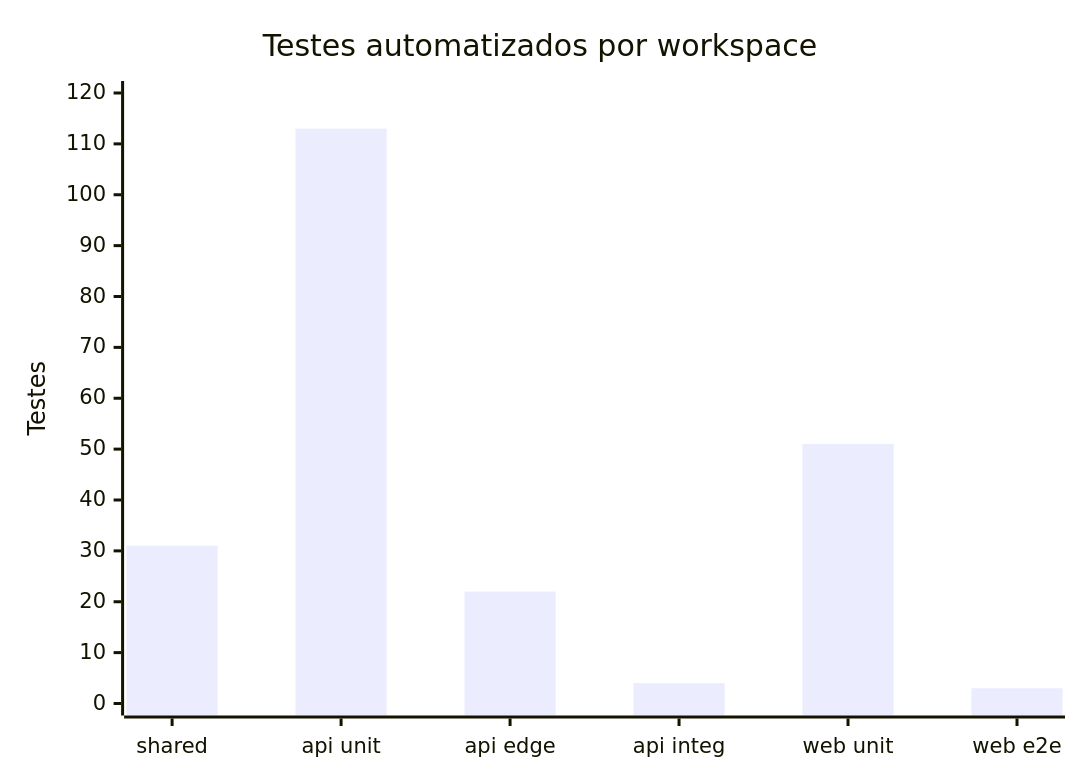
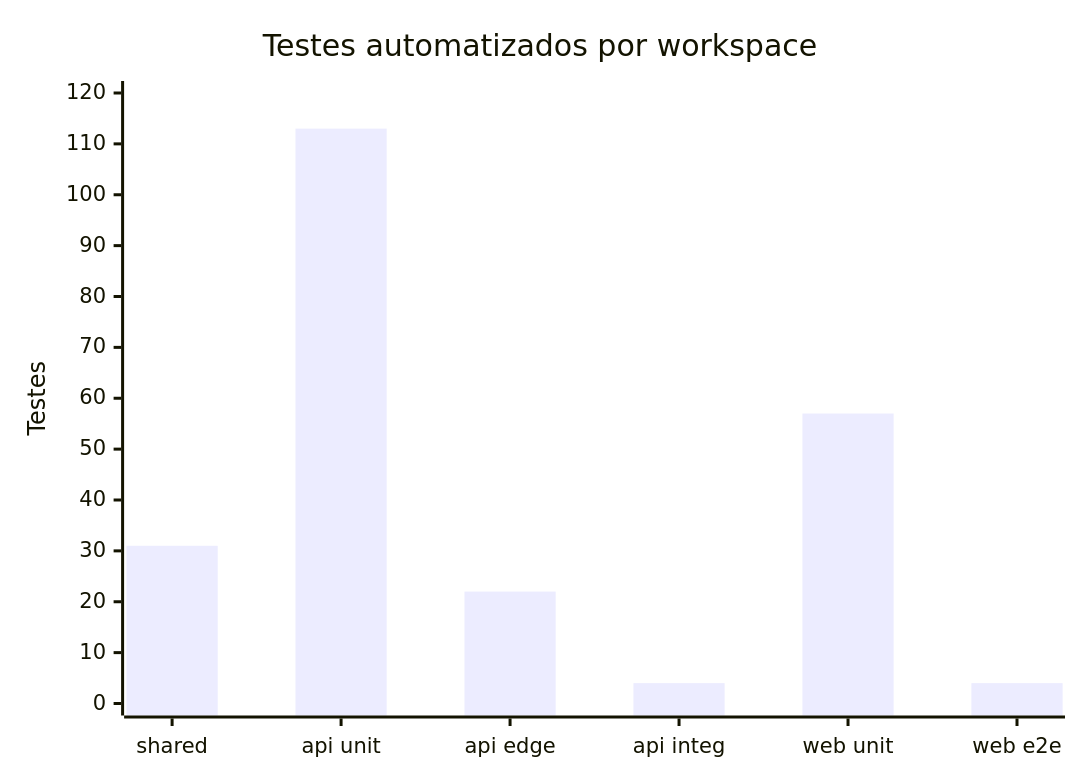
One commit to Digooow/pokedex-frontend changed the ninth of 12 diagrams in README.md. Above: the diagram before and after it, drawn with Mermaid. The commit also changed other lines of this file and 52 other files, not shown here.

````diff
--- a/README.md
+++ b/README.md
@@ -541,7 +542,7 @@
 ```mermaid
 xychart-beta
   title "Testes automatizados por workspace"
   x-axis ["shared", "api unit", "api edge", "api integ", "web unit", "web e2e"]
   y-axis "Testes" 0 --> 120
-  bar [31, 113, 22, 4, 51, 3]
+  bar [31, 113, 22, 4, 57, 4]
 ```
````
